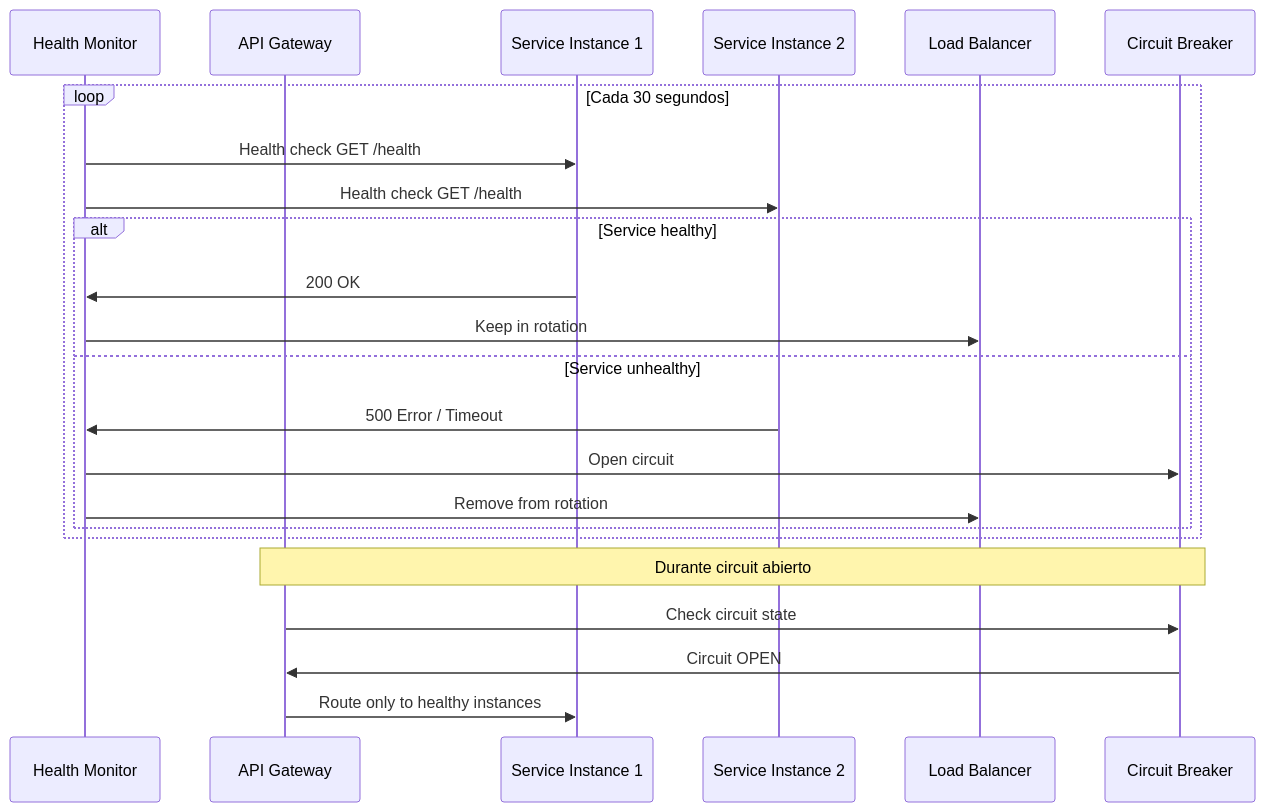
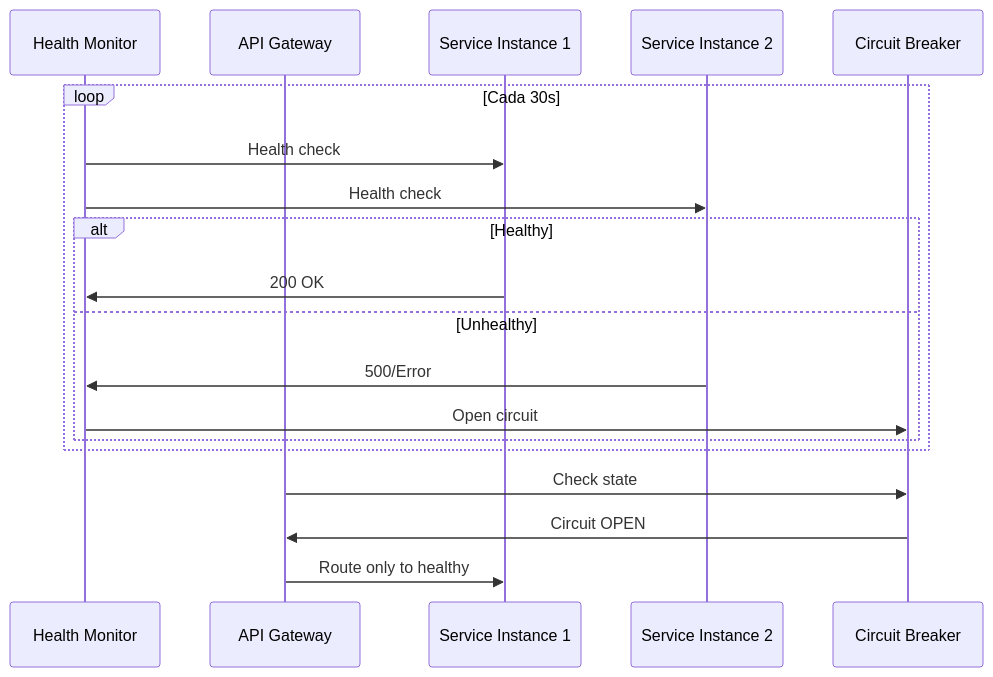
One commit to jclemente-tlm/tlm-arq-servicios-corporativos changed the second of 6 diagrams in docs/api-gateway/06-vista-tiempo-ejecucion.md. Above: the diagram before and after it, drawn with Mermaid. The commit also changed other lines of this file and 52 other files, not shown here.

````diff
--- a/docs/api-gateway/06-vista-tiempo-ejecucion.md
+++ b/docs/api-gateway/06-vista-tiempo-ejecucion.md
@@ -81,28 +50,21 @@
 ```mermaid
 sequenceDiagram
     participant Monitor as Health Monitor
     participant Gateway as API Gateway
     participant Service1 as Service Instance 1
     participant Service2 as Service Instance 2
-    participant LoadBalancer as Load Balancer
     participant Circuit as Circuit Breaker
-
-    loop Cada 30 segundos
-        Monitor->>Service1: Health check GET /health
-        Monitor->>Service2: Health check GET /health
-
-        alt Service healthy
+    loop Cada 30s
+        Monitor->>Service1: Health check
+        Monitor->>Service2: Health check
+        alt Healthy
             Service1->>Monitor: 200 OK
-            Monitor->>LoadBalancer: Keep in rotation
-        else Service unhealthy
-            Service2->>Monitor: 500 Error / Timeout
+        else Unhealthy
+            Service2->>Monitor: 500/Error
             Monitor->>Circuit: Open circuit
-            Monitor->>LoadBalancer: Remove from rotation
         end
     end
-
-    Note over Gateway,Circuit: Durante circuit abierto
-    Gateway->>Circuit: Check circuit state
+    Gateway->>Circuit: Check state
     Circuit->>Gateway: Circuit OPEN
-    Gateway->>Service1: Route only to healthy instances
+    Gateway->>Service1: Route only to healthy
 ```
````
